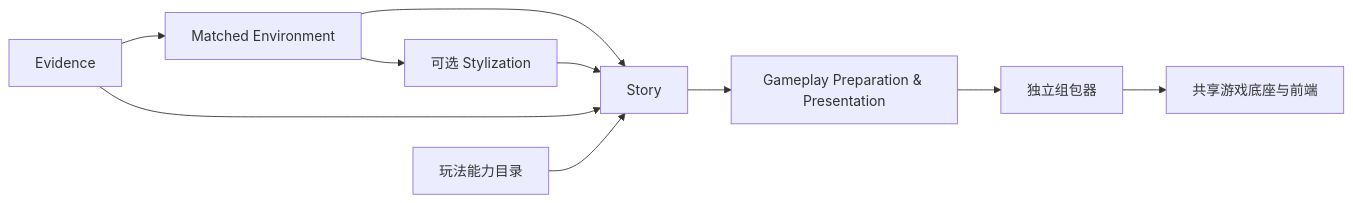
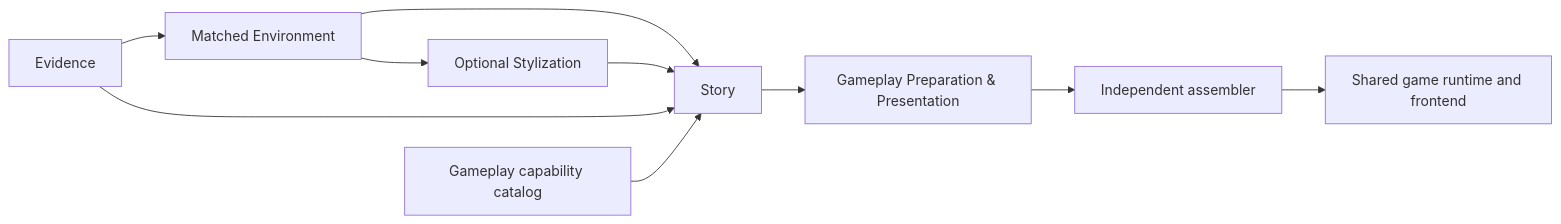
Before and after one commit to Psyche0920/PastPort: the first of 2 diagrams in README.md, drawn with Mermaid. The commit also changed other lines of this file and 12 other files, not shown here.

````diff
--- a/README.md
+++ b/README.md
@@ -231,12 +269,12 @@
 ```mermaid
 flowchart LR
     E[Evidence] --> M[Matched Environment]
-    M --> Y[可选 Stylization]
+    M --> Y[Optional Stylization]
     M --> S[Story]
     Y --> S
     E --> S
-    C[玩法能力目录] --> S
+    C[Gameplay capability catalog] --> S
     S --> G[Gameplay Preparation & Presentation]
-    G --> A[独立组包器]
-    A --> R[共享游戏底座与前端]
+    G --> A[Independent assembler]
+    A --> R[Shared game runtime and frontend]
 ```
````
